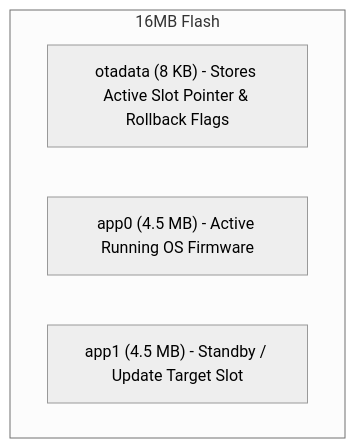
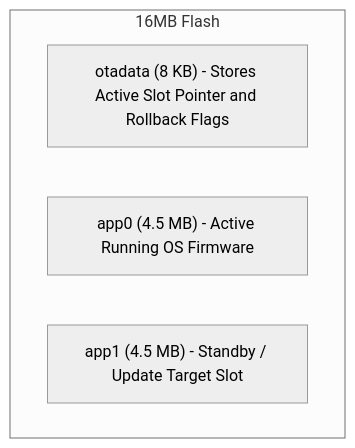
One commit to tamimystic/tamimystic-os changed the diagram in docs/apps/ota-updates.md. Above: the diagram before and after it, drawn with Mermaid (neutral theme). The commit also changed other lines of this file and 23 other files, not shown here.

````diff
--- a/docs/apps/ota-updates.md
+++ b/docs/apps/ota-updates.md
@@ -11,8 +11,8 @@
 ```mermaid
 graph TD
     subgraph 16MB Flash
-        OTA_DATA["otadata (8 KB) - Stores Active Slot Pointer & Rollback Flags"]
+        OTA_DATA["otadata (8 KB) - Stores Active Slot Pointer and Rollback Flags"]
         APP0["app0 (4.5 MB) - Active Running OS Firmware"]
         APP1["app1 (4.5 MB) - Standby / Update Target Slot"]
     end
 ```
````
